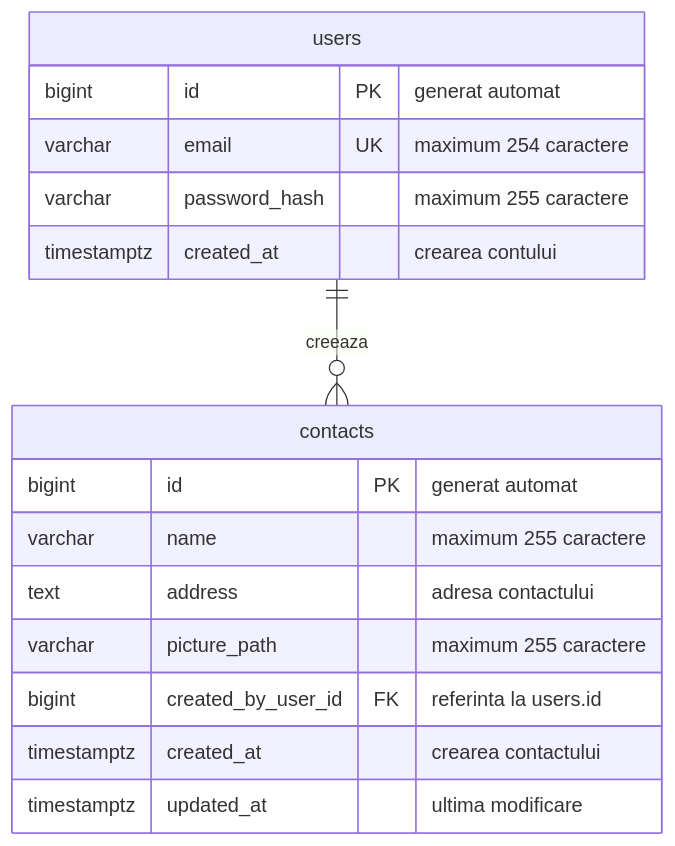
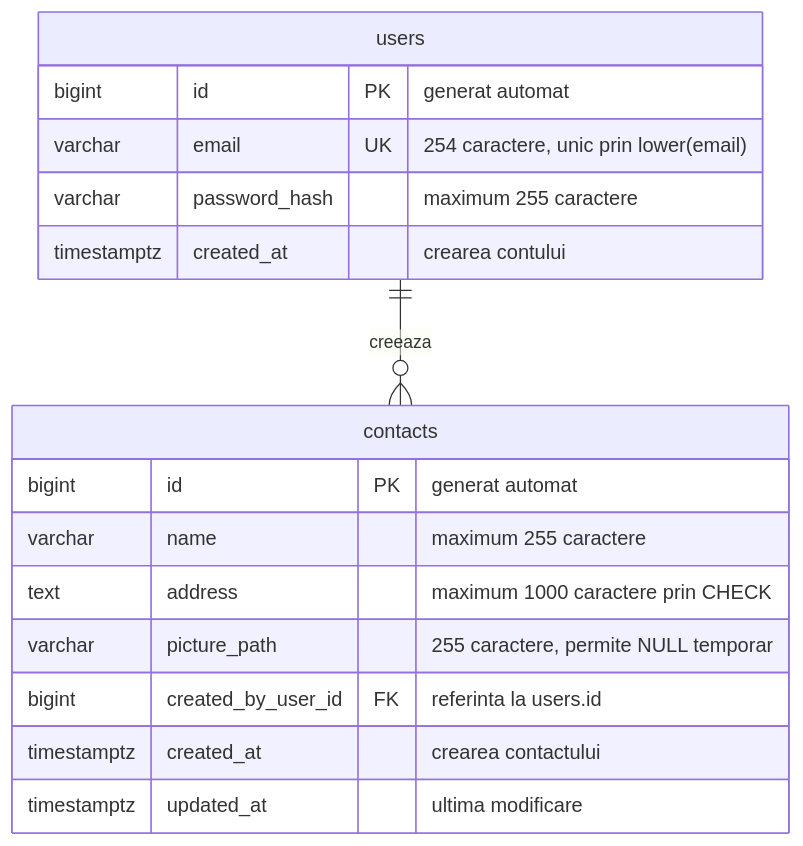
Before and after one commit to MonkeyFonkey1/netex_project: the diagram in docs/database.md, drawn with Mermaid. The commit also changed other lines of this file and 14 other files, not shown here.

````diff
--- a/docs/database.md
+++ b/docs/database.md
@@ -39,21 +39,21 @@
 ```mermaid
 erDiagram
     users ||--o{ contacts : "creeaza"
 
     users {
         bigint id PK "generat automat"
-        varchar email UK "maximum 254 caractere"
+        varchar email UK "254 caractere, unic prin lower(email)"
         varchar password_hash "maximum 255 caractere"
         timestamptz created_at "crearea contului"
     }
 
     contacts {
         bigint id PK "generat automat"
         varchar name "maximum 255 caractere"
-        text address "adresa contactului"
-        varchar picture_path "maximum 255 caractere"
+        text address "maximum 1000 caractere prin CHECK"
+        varchar picture_path "255 caractere, permite NULL temporar"
         bigint created_by_user_id FK "referinta la users.id"
         timestamptz created_at "crearea contactului"
         timestamptz updated_at "ultima modificare"
     }
 ```
````
